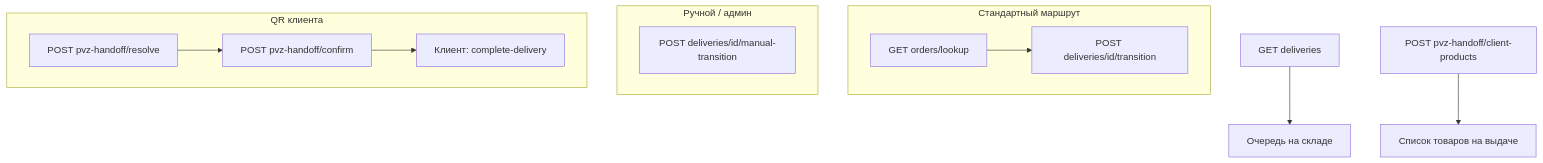
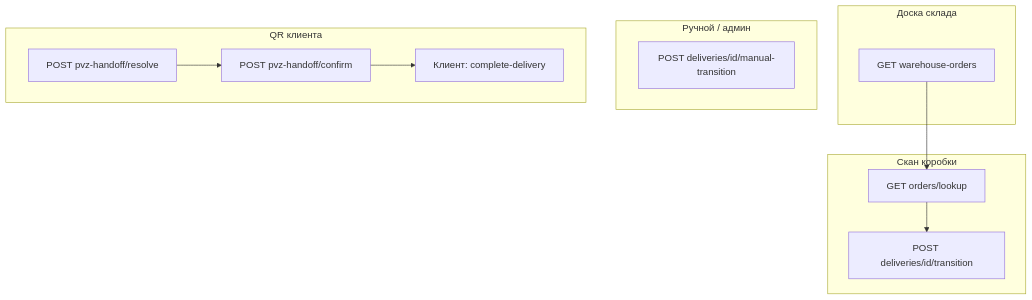
The diagram in specs/employee-warehouse-ops.md (secure-deal/.github), drawn with Mermaid before and after one commit. The commit also changed other lines of this file, not shown here.

Commit message:
feat: update warehouse-ops

````diff
--- a/specs/employee-warehouse-ops.md
+++ b/specs/employee-warehouse-ops.md
@@ -261,15 +196,16 @@
 ```mermaid
 flowchart TB
-  subgraph standard [Стандартный маршрут]
+  subgraph scan [Скан коробки]
     L[GET orders/lookup] --> T[POST deliveries/id/transition]
+  end
+  subgraph board [Доска склада]
+    W[GET warehouse-orders] --> L
   end
   subgraph manual [Ручной / админ]
     M[POST deliveries/id/manual-transition]
   end
   subgraph qr [QR клиента]
     R[POST pvz-handoff/resolve] --> C[POST pvz-handoff/confirm]
     C --> CD[Клиент: complete-delivery]
   end
-  Q[GET deliveries] --> W[Очередь на складе]
-  P[POST pvz-handoff/client-products] --> UI[Список товаров на выдаче]
 ```
````
